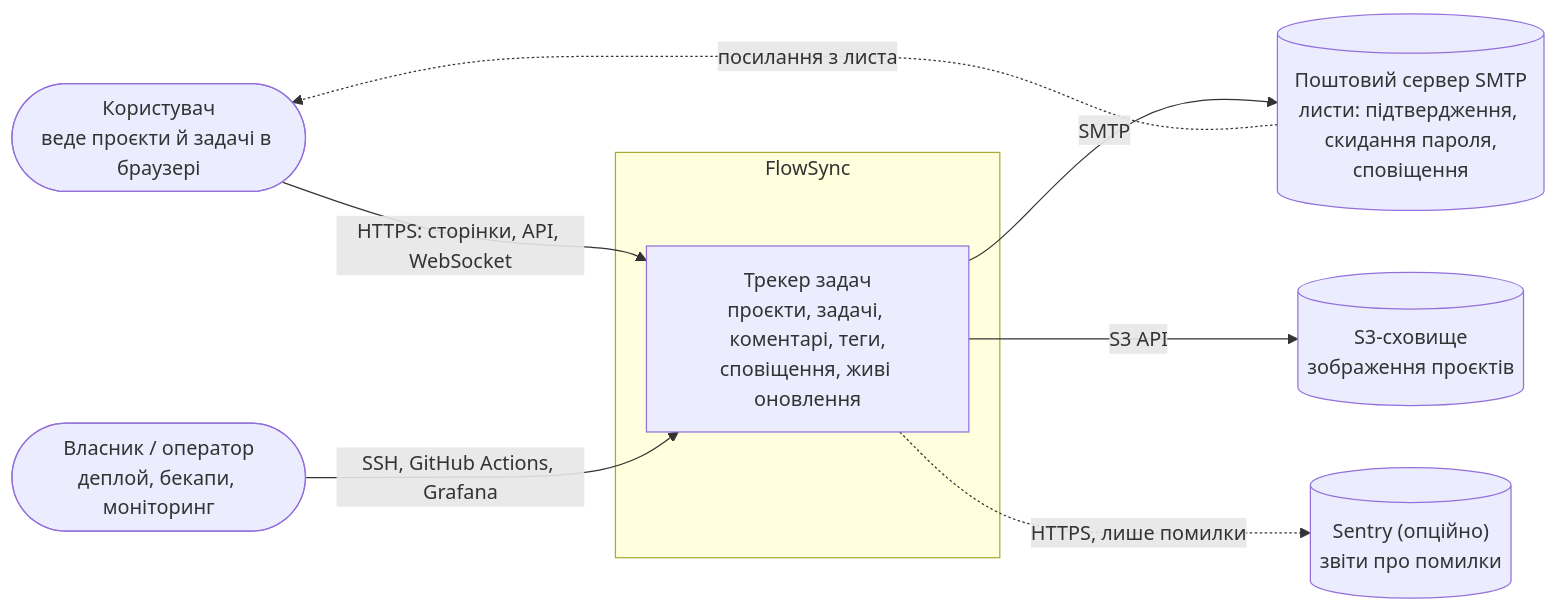
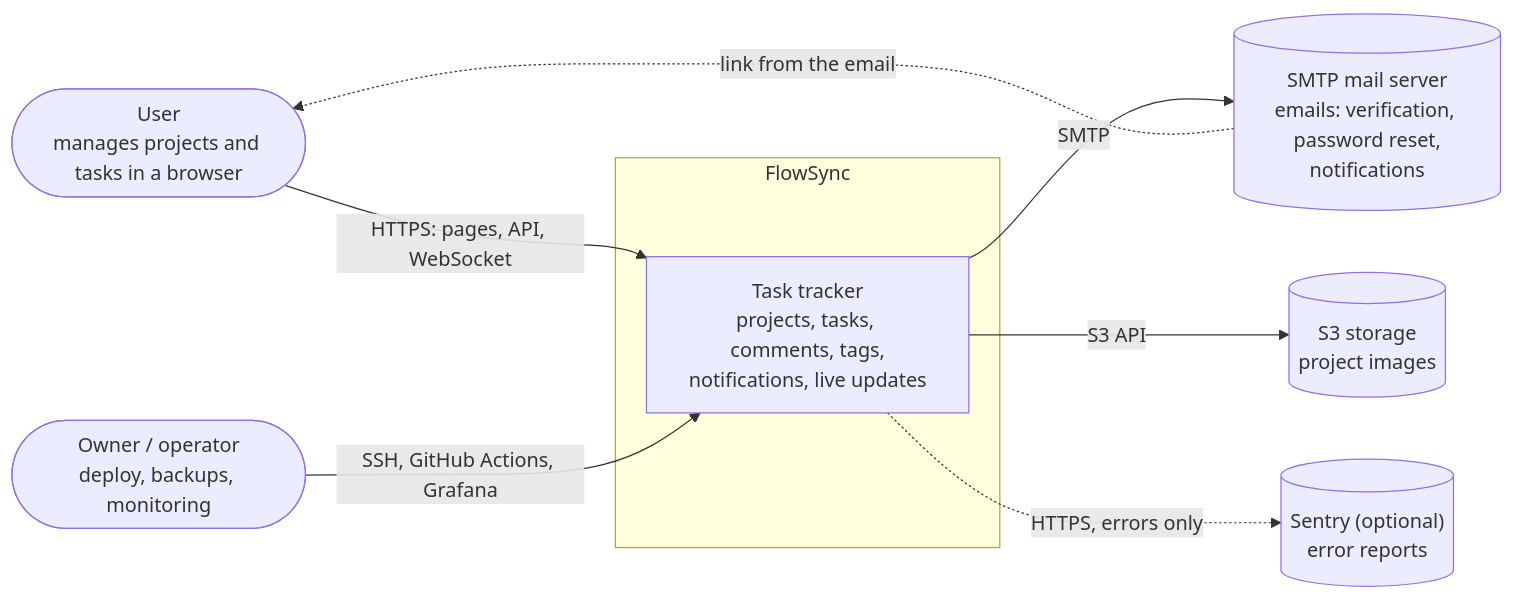
One commit to BurlakaM/flowsync changed the first of 5 diagrams in docs/ARCHITECTURE.md. Above: the diagram before and after it, drawn with Mermaid. The commit also changed other lines of this file and 62 other files, not shown here.

````diff
--- a/docs/ARCHITECTURE.md
+++ b/docs/ARCHITECTURE.md
@@ -8,20 +8,20 @@
 ```mermaid
 flowchart LR
-    user(["Користувач<br/>веде проєкти й задачі в браузері"])
-    admin(["Власник / оператор<br/>деплой, бекапи, моніторинг"])
+    user(["User<br/>manages projects and tasks in a browser"])
+    admin(["Owner / operator<br/>deploy, backups, monitoring"])
 
     subgraph flowsync["FlowSync"]
-        system["Трекер задач<br/>проєкти, задачі, коментарі, теги,<br/>сповіщення, живі оновлення"]
+        system["Task tracker<br/>projects, tasks, comments, tags,<br/>notifications, live updates"]
     end
 
-    mail[("Поштовий сервер SMTP<br/>листи: підтвердження, скидання пароля,<br/>сповіщення")]
-    s3[("S3-сховище<br/>зображення проєктів")]
-    sentry[("Sentry (опційно)<br/>звіти про помилки")]
+    mail[("SMTP mail server<br/>emails: verification, password reset,<br/>notifications")]
+    s3[("S3 storage<br/>project images")]
+    sentry[("Sentry (optional)<br/>error reports")]
 
-    user -->|"HTTPS: сторінки, API, WebSocket"| system
+    user -->|"HTTPS: pages, API, WebSocket"| system
     admin -->|"SSH, GitHub Actions, Grafana"| system
     system -->|"SMTP"| mail
     system -->|"S3 API"| s3
-    system -.->|"HTTPS, лише помилки"| sentry
-    mail -.->|"посилання з листа"| user
+    system -.->|"HTTPS, errors only"| sentry
+    mail -.->|"link from the email"| user
 ```
````
